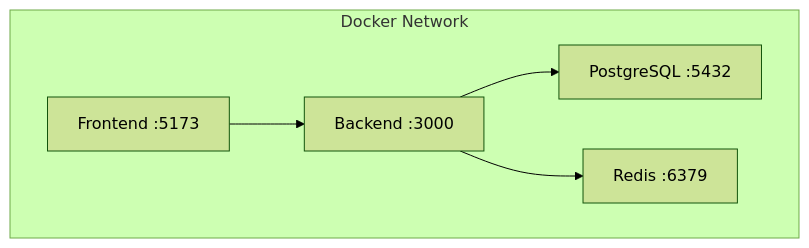
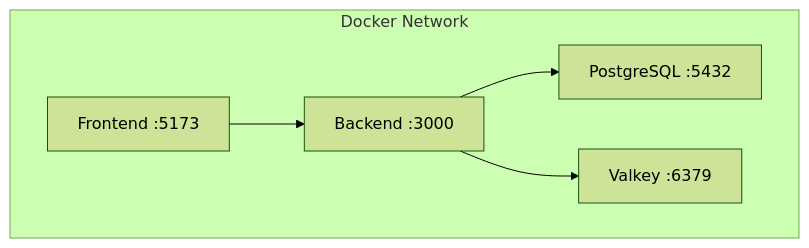
One commit to 5010-dev/sage-docs changed the eighth of 10 diagrams in docs/ai-guides/infrastructure-ai-guide.md. Above: the diagram before and after it, drawn with Mermaid (forest theme). The commit also changed other lines of this file and 10 other files, not shown here.

````diff
--- a/docs/ai-guides/infrastructure-ai-guide.md
+++ b/docs/ai-guides/infrastructure-ai-guide.md
@@ -839,13 +839,13 @@
 ```mermaid
 graph TB
     A[Frontend :5173] --> B[Backend :3000]
     B --> C[PostgreSQL :5432]
-    B --> D[Redis :6379]
+    B --> D[Valkey :6379]
 
     subgraph Docker Network
         A
         B
         C
         D
     end
 ```
````
